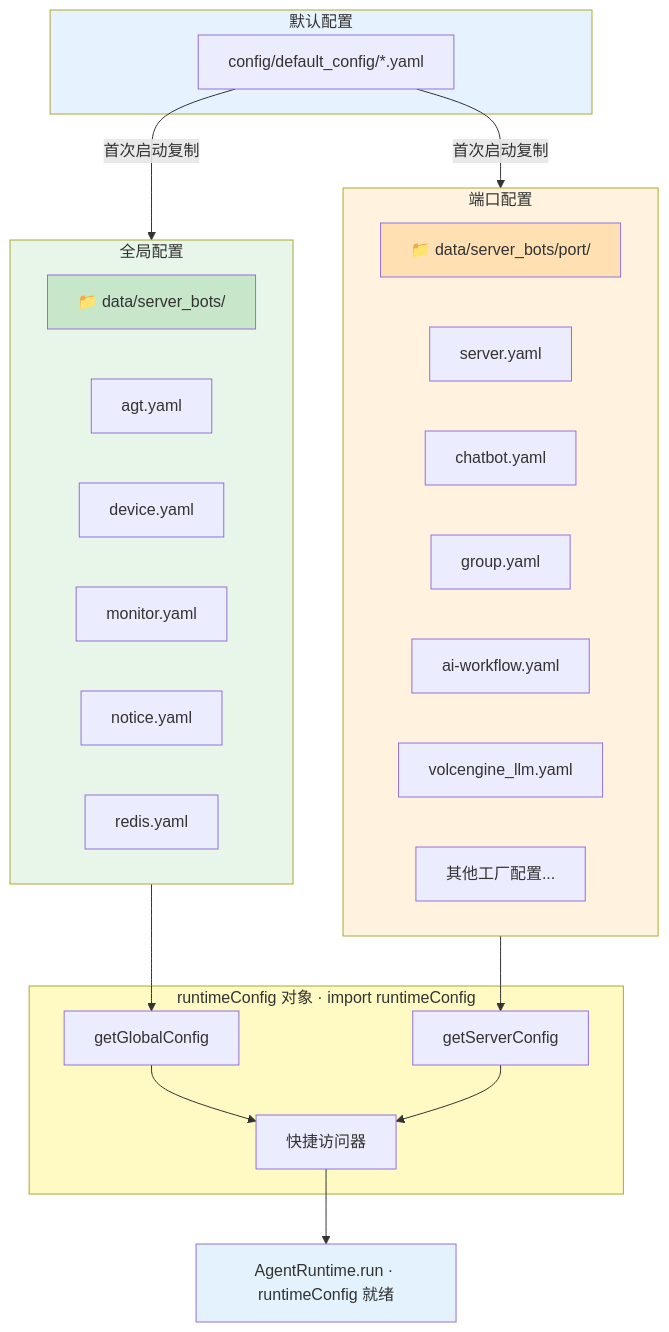
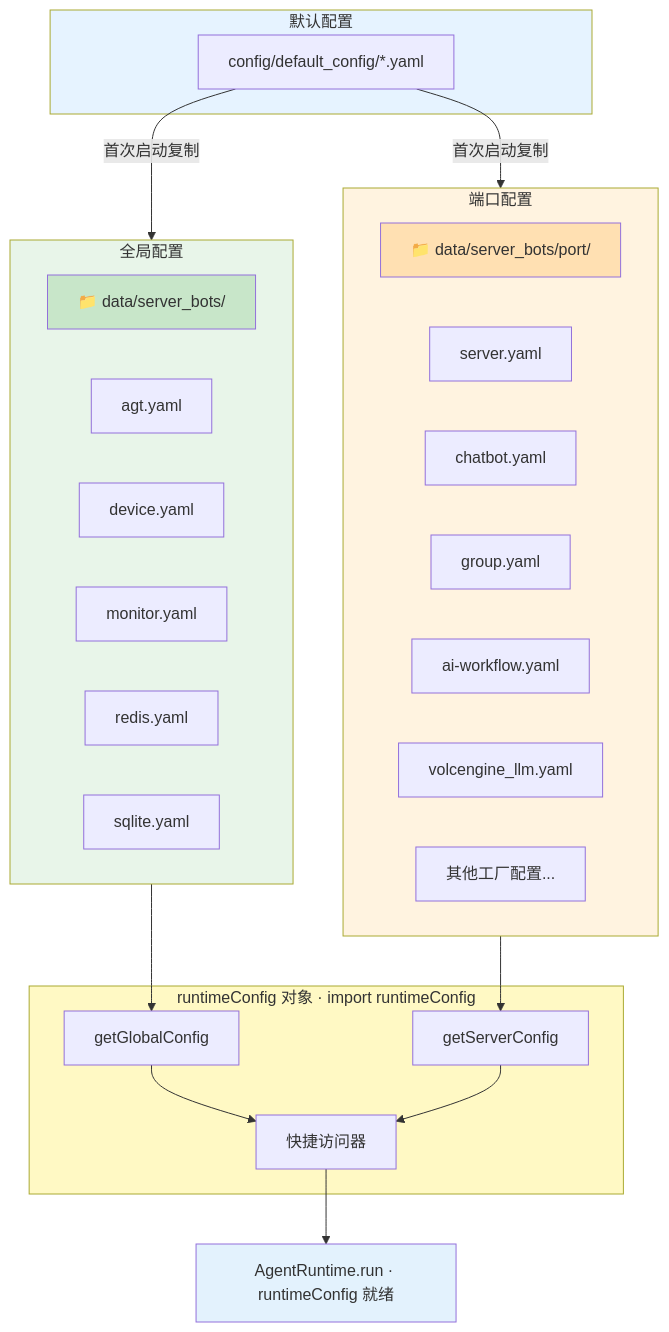
Before and after one commit to sunflowermm/XRK-AGT: the first of 8 diagrams in docs/app-dev.md, drawn with Mermaid. The commit also changed other lines of this file and 108 other files, not shown here.

````diff
--- a/docs/app-dev.md
+++ b/docs/app-dev.md
@@ -33,47 +33,47 @@
 ```mermaid
 flowchart TB
     subgraph Default["默认配置"]
         D1["config/default_config/*.yaml"]
     end
 
     subgraph Global["全局配置"]
         pathG["📁 data/server_bots/"]
         G1["agt.yaml"]
         G2["device.yaml"]
         G3["monitor.yaml"]
-        G4["notice.yaml"]
-        G5["redis.yaml"]
+        G4["redis.yaml"]
+        G5["sqlite.yaml"]
     end
 
     subgraph Server["端口配置"]
         pathS["📁 data/server_bots/port/"]
         S1["server.yaml"]
         S2["chatbot.yaml"]
         S3["group.yaml"]
         S4["ai-workflow.yaml"]
         S5["volcengine_llm.yaml"]
         S6["其他工厂配置..."]
     end
 
     subgraph Cfg["runtimeConfig 对象 · import runtimeConfig"]
         C1["getGlobalConfig"]
         C2["getServerConfig"]
         C3["快捷访问器"]
     end
 
     D1 -->|首次启动复制| Global
     D1 -->|首次启动复制| Server
     Global --> C1
     Server --> C2
     C1 --> C3
     C2 --> C3
     C3 --> AgentRuntime["AgentRuntime.run · runtimeConfig 就绪"]
 
     style Default fill:#E6F3FF
     style Global fill:#E8F5E9
     style Server fill:#FFF3E0
     style Cfg fill:#FFF9C4
     style AgentRuntime fill:#E3F2FD
     style pathG fill:#C8E6C9
     style pathS fill:#FFE0B2
 ```
````
